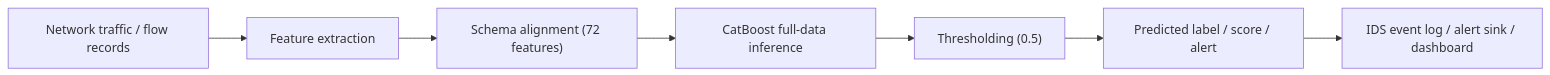
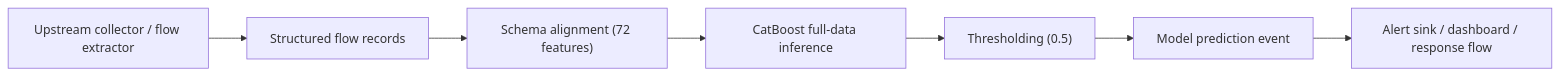
Before and after one commit to hoangduy0308/IDS_ML: the diagram in docs/ids_inference_architecture.md, drawn with Mermaid. The commit also changed other lines of this file and 2 other files, not shown here.

Commit message:
feat(ids_ml_new-sgj): documented the realtime flow-to-alert architecture and bundle boundary

````diff
--- a/docs/ids_inference_architecture.md
+++ b/docs/ids_inference_architecture.md
@@ -21,9 +23,9 @@
 ```mermaid
 flowchart LR
-    A["Network traffic / flow records"] --> B["Feature extraction"]
+    A["Upstream collector / flow extractor"] --> B["Structured flow records"]
     B --> C["Schema alignment (72 features)"]
     C --> D["CatBoost full-data inference"]
     D --> E["Thresholding (0.5)"]
-    E --> F["Predicted label / score / alert"]
-    F --> G["IDS event log / alert sink / dashboard"]
+    E --> F["Model prediction event"]
+    F --> G["Alert sink / dashboard / response flow"]
 ```
````
